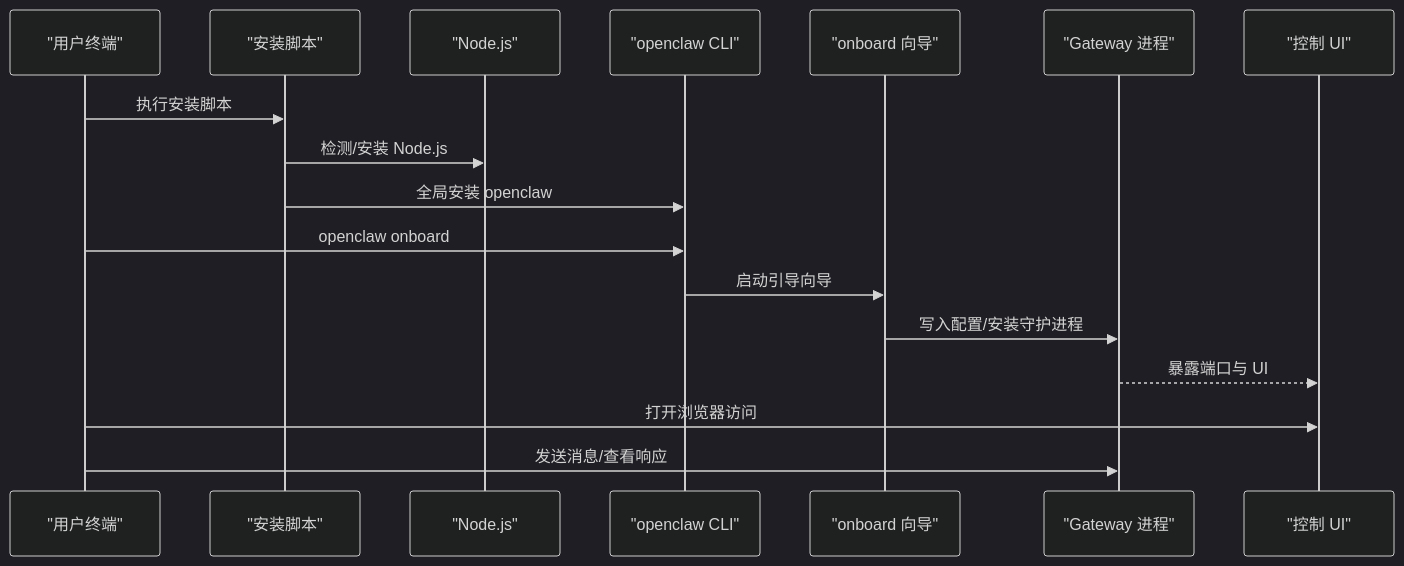
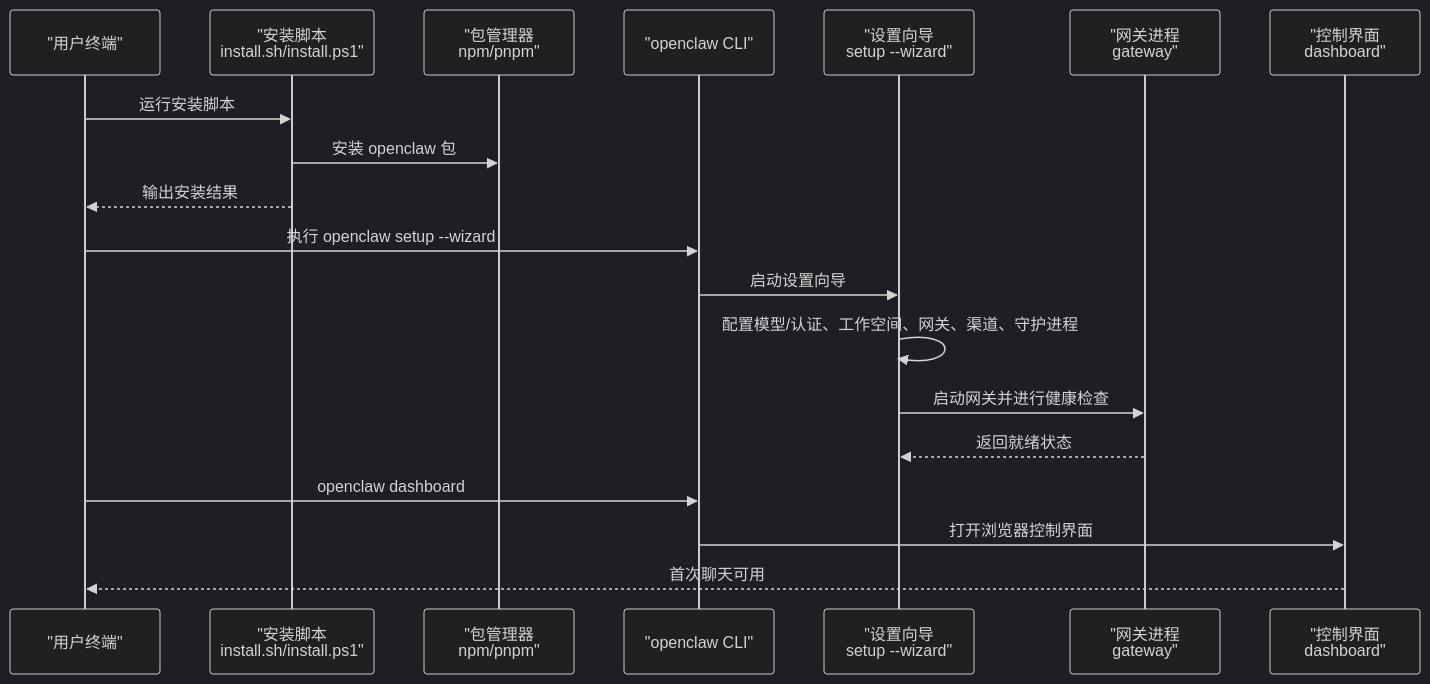
The second of 3 diagrams in repowiki/zh/content/项目概述/快速开始.md (botx-work/OpenClaw-Internals), drawn with Mermaid (dark theme) before and after one commit. The commit also changed other lines of this file and 542 other files, not shown here.

````diff
--- a/repowiki/zh/content/项目概述/快速开始.md
+++ b/repowiki/zh/content/项目概述/快速开始.md
@@ -77,19 +95,21 @@
 ```mermaid
 sequenceDiagram
 participant U as "用户终端"
-participant S as "安装脚本"
-participant N as "Node.js"
+participant SH as "安装脚本<br/>install.sh/install.ps1"
+participant NPM as "包管理器<br/>npm/pnpm"
 participant CLI as "openclaw CLI"
-participant W as "onboard 向导"
-participant GW as "Gateway 进程"
-participant UI as "控制 UI"
-U->>S : 执行安装脚本
-S->>N : 检测/安装 Node.js
-S->>CLI : 全局安装 openclaw
-U->>CLI : openclaw onboard
-CLI->>W : 启动引导向导
-W->>GW : 写入配置/安装守护进程
-GW-->>UI : 暴露端口与 UI
-U->>UI : 打开浏览器访问
-U->>GW : 发送消息/查看响应
+participant WZ as "设置向导<br/>setup --wizard"
+participant GW as "网关进程<br/>gateway"
+participant UI as "控制界面<br/>dashboard"
+U->>SH : 运行安装脚本
+SH->>NPM : 安装 openclaw 包
+SH-->>U : 输出安装结果
+U->>CLI : 执行 openclaw setup --wizard
+CLI->>WZ : 启动设置向导
+WZ->>WZ : 配置模型/认证、工作空间、网关、渠道、守护进程
+WZ->>GW : 启动网关并进行健康检查
+GW-->>WZ : 返回就绪状态
+U->>CLI : openclaw dashboard
+CLI->>UI : 打开浏览器控制界面
+UI-->>U : 首次聊天可用
 ```
````
